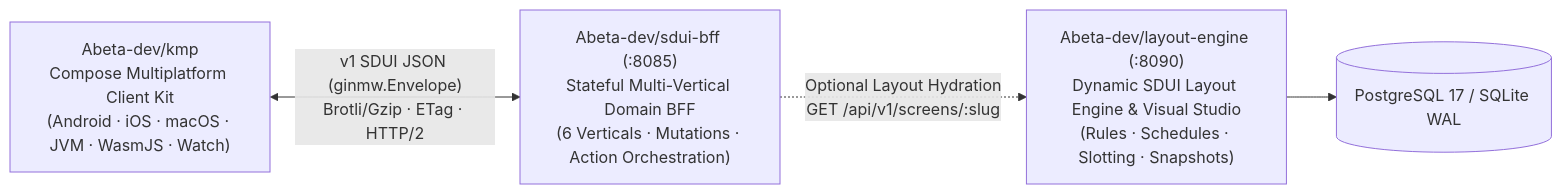
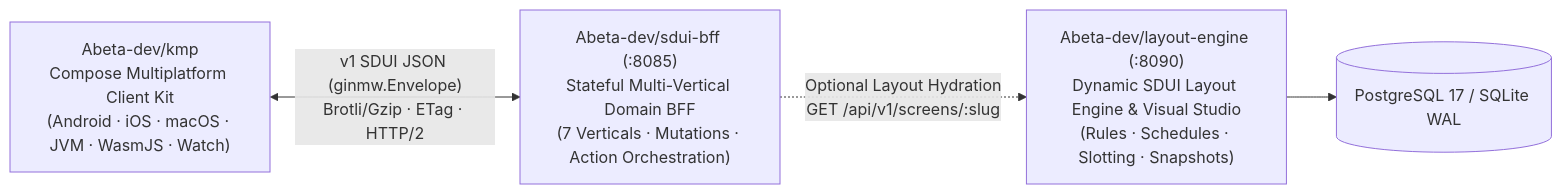
Before and after one commit to Abeta-dev/sdui-bff: the first of 2 diagrams in docs/architecture.md, drawn with Mermaid. The commit also changed other lines of this file and 40 other files, not shown here.

Commit message:
feat(verticals): upgrade to kmp/bff v0.5.0, add Abeta Pay 7th vertical & 12 extended atoms

````diff
--- a/docs/architecture.md
+++ b/docs/architecture.md
@@ -11,11 +11,11 @@
 ```mermaid
 flowchart LR
     KMP["Abeta-dev/kmp\nCompose Multiplatform Client Kit\n(Android · iOS · macOS · JVM · WasmJS · Watch)"]
-    BFF["Abeta-dev/sdui-bff (:8085)\nStateful Multi-Vertical Domain BFF\n(6 Verticals · Mutations · Action Orchestration)"]
+    BFF["Abeta-dev/sdui-bff (:8085)\nStateful Multi-Vertical Domain BFF\n(7 Verticals · Mutations · Action Orchestration)"]
     LE["Abeta-dev/layout-engine (:8090)\nDynamic SDUI Layout Engine & Visual Studio\n(Rules · Schedules · Slotting · Snapshots)"]
     DB[("PostgreSQL 17 / SQLite WAL")]
 
     KMP <-- "v1 SDUI JSON (ginmw.Envelope)\nBrotli/Gzip · ETag · HTTP/2" --> BFF
     BFF -. "Optional Layout Hydration\nGET /api/v1/screens/:slug" .-> LE
     LE --> DB
 ```
````
